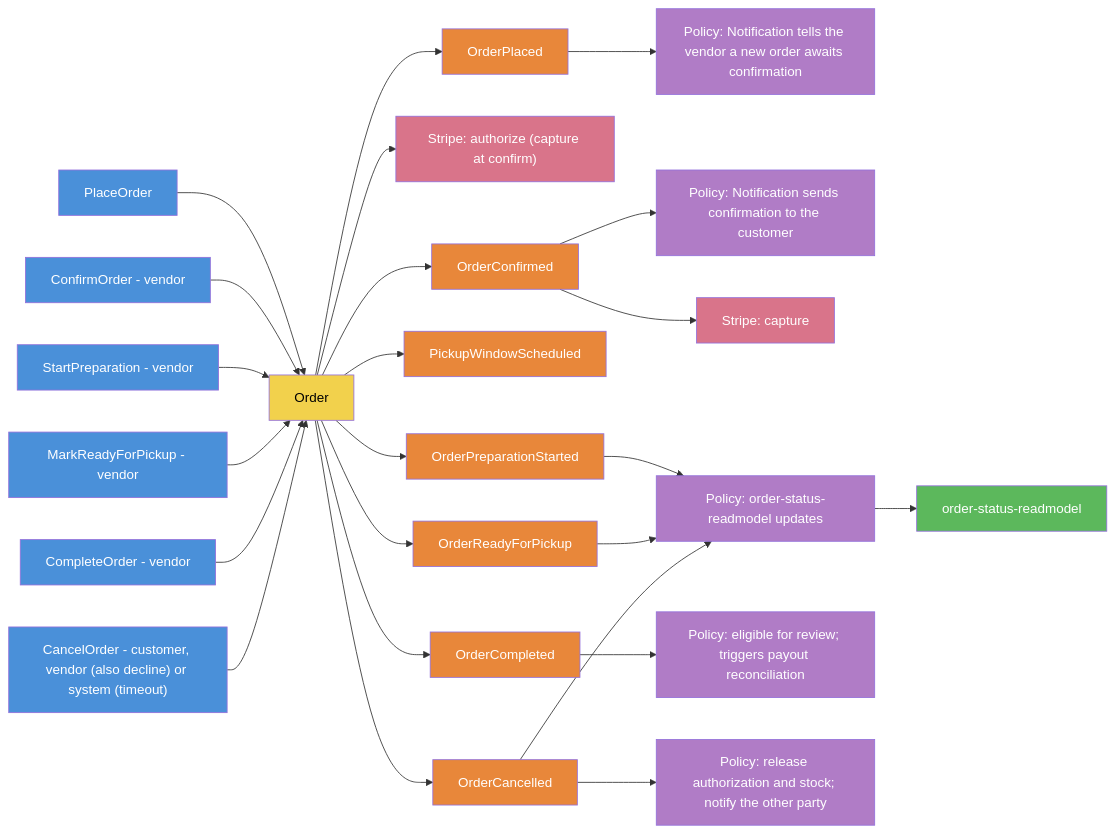
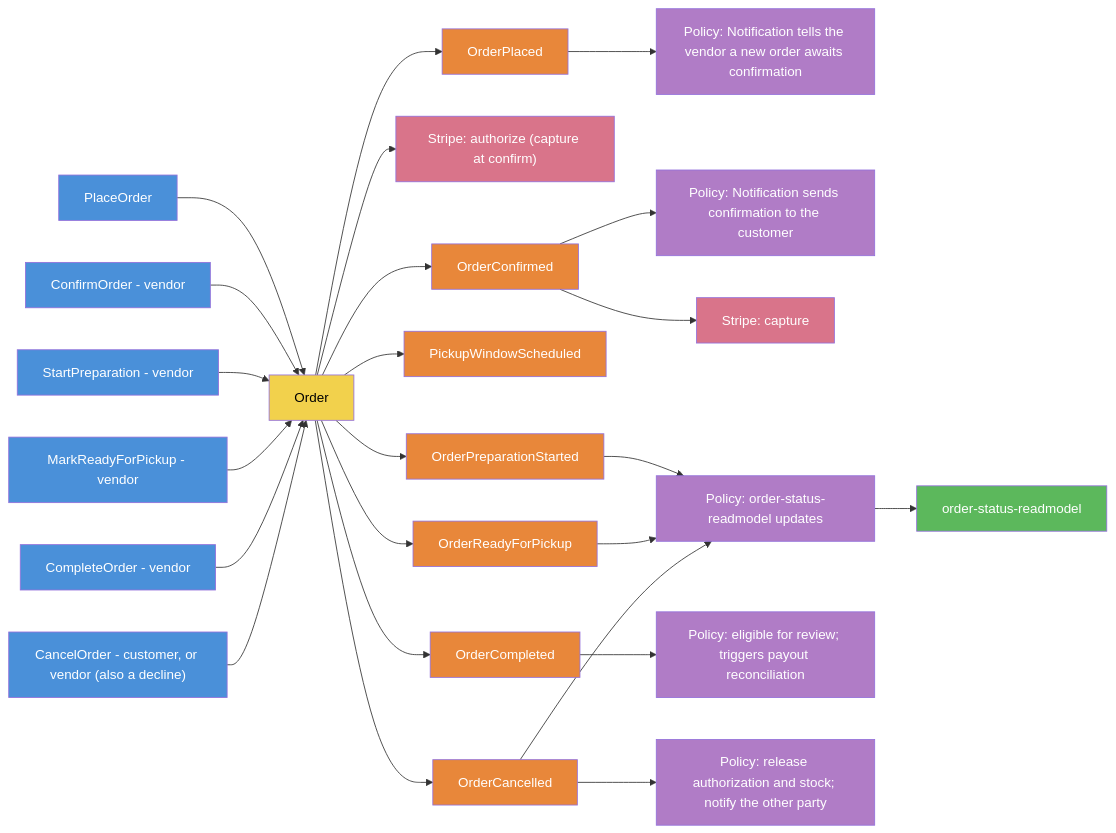
Before and after one commit to benjamin-hedrick/bakery-marketplace: the second of 4 diagrams in docs/architecture/ddd/event-storming.md, drawn with Mermaid. The commit also changed 6 other files, not shown here.

First line of the commit message:
Order cancellation: remove the system actor and ResponseTimeout reason

````diff
--- a/docs/architecture/ddd/event-storming.md
+++ b/docs/architecture/ddd/event-storming.md
@@ -35,38 +35,38 @@
 ```mermaid
 graph LR
     classDef command fill:#4A90D9,color:#fff
     classDef aggregate fill:#F2D14C,color:#000
     classDef event fill:#E8873A,color:#fff
     classDef policy fill:#B07CC6,color:#fff
     classDef readmodel fill:#5CB85C,color:#fff
     classDef external fill:#D9748A,color:#fff
 
     C1[PlaceOrder]:::command --> A1[Order]:::aggregate
     A1 --> E1[OrderPlaced]:::event
     E1 --> P1["Policy: Notification tells the vendor a new order awaits confirmation"]:::policy
     A1 --> S1["Stripe: authorize (capture at confirm)"]:::external
 
     C2[ConfirmOrder - vendor]:::command --> A1
     A1 --> E2[OrderConfirmed]:::event
     A1 --> E3[PickupWindowScheduled]:::event
     E2 --> P2["Policy: Notification sends confirmation to the customer"]:::policy
     E2 --> S2["Stripe: capture"]:::external
 
     C3[StartPreparation - vendor]:::command --> A1
     A1 --> E4[OrderPreparationStarted]:::event
     E4 --> P3["Policy: order-status-readmodel updates"]:::policy
     P3 --> RM1[order-status-readmodel]:::readmodel
 
     C4[MarkReadyForPickup - vendor]:::command --> A1
     A1 --> E5[OrderReadyForPickup]:::event
     E5 --> P3
 
     C5[CompleteOrder - vendor]:::command --> A1
     A1 --> E6[OrderCompleted]:::event
     E6 --> P4["Policy: eligible for review; triggers payout reconciliation"]:::policy
 
-    C6["CancelOrder - customer, vendor (also decline) or system (timeout)"]:::command --> A1
+    C6["CancelOrder - customer, or vendor (also a decline)"]:::command --> A1
     A1 --> E7[OrderCancelled]:::event
     E7 --> P5["Policy: release authorization and stock; notify the other party"]:::policy
     E7 --> P3
 ```
````
